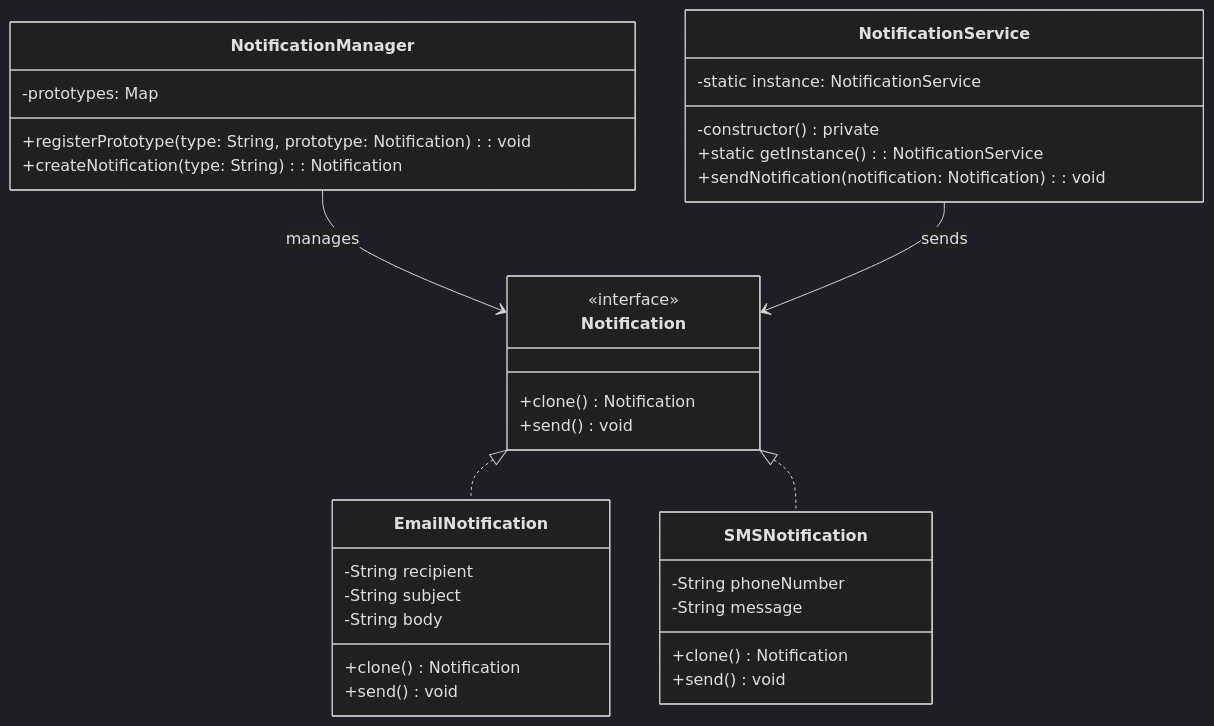
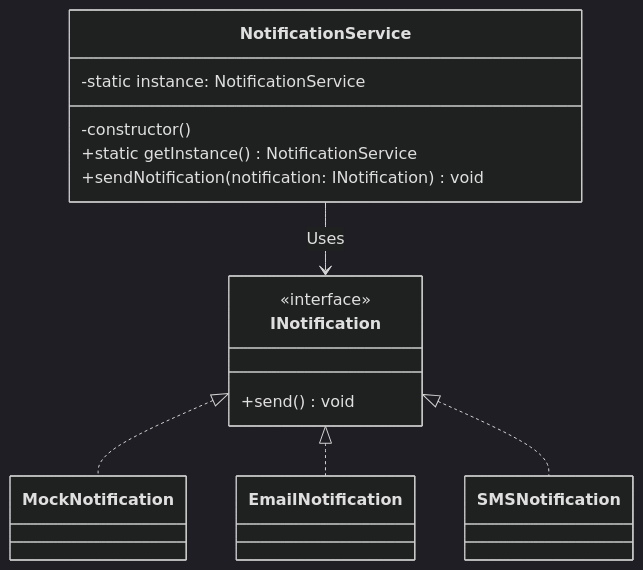
Before and after one commit to monty-src/design-patterns: the diagram in src/singleton/README.md, drawn with Mermaid (dark theme). The commit also changed 2 other files, not shown here.

````diff
--- a/src/singleton/README.md
+++ b/src/singleton/README.md
@@ -48,42 +48,20 @@
 ```mermaid
 classDiagram
-    class Notification {
+    class INotification {
         <<interface>>
-        +clone() Notification
         +send() void
-    }
-
-    class EmailNotification {
-        -String recipient
-        -String subject
-        -String body
-        +clone() Notification
-        +send() void
-    }
-
-    class SMSNotification {
-        -String phoneNumber
-        -String message
-        +clone() Notification
-        +send() void
-    }
-
-    class NotificationManager {
-        -prototypes: Map<String, Notification>
-        +registerPrototype(type: String, prototype: Notification): void
-        +createNotification(type: String): Notification
     }
 
     class NotificationService {
         -static instance: NotificationService
-        -constructor() private
-        +static getInstance(): NotificationService
-        +sendNotification(notification: Notification): void
+        -constructor()
+        +static getInstance() NotificationService
+        +sendNotification(notification: INotification) void
     }
 
-    Notification <|.. EmailNotification
-    Notification <|.. SMSNotification
-    NotificationManager --> Notification : manages
-    NotificationService --> Notification : sends
+    INotification <|.. MockNotification
+    INotification <|.. EmailNotification
+    INotification <|.. SMSNotification
+    NotificationService --> INotification : Uses
 
 ```
````
